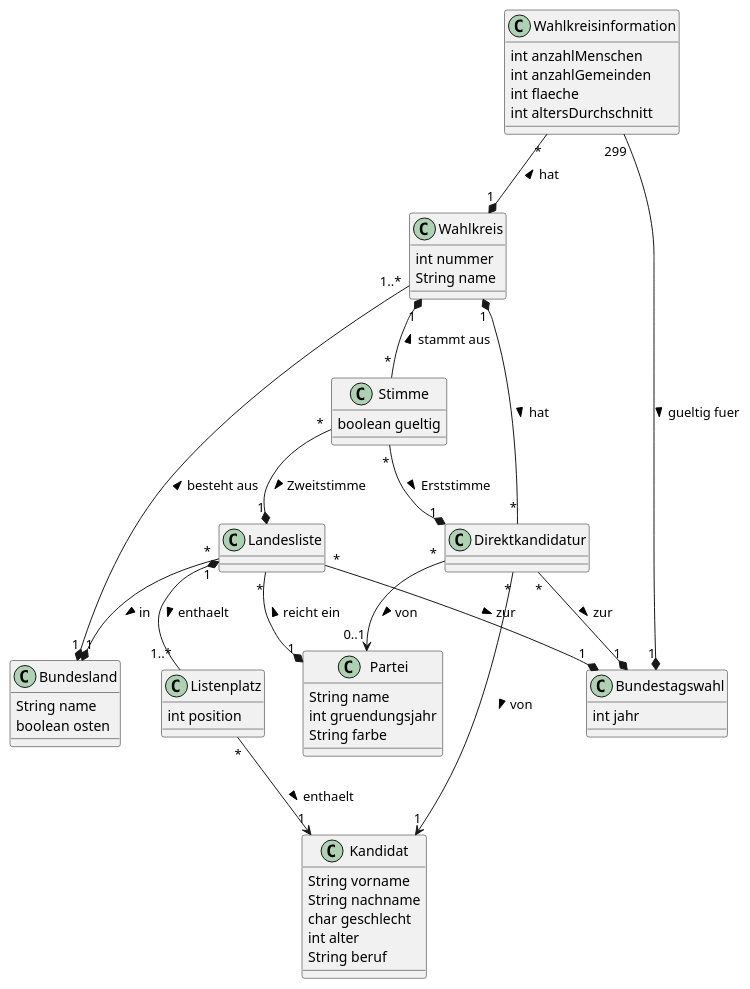
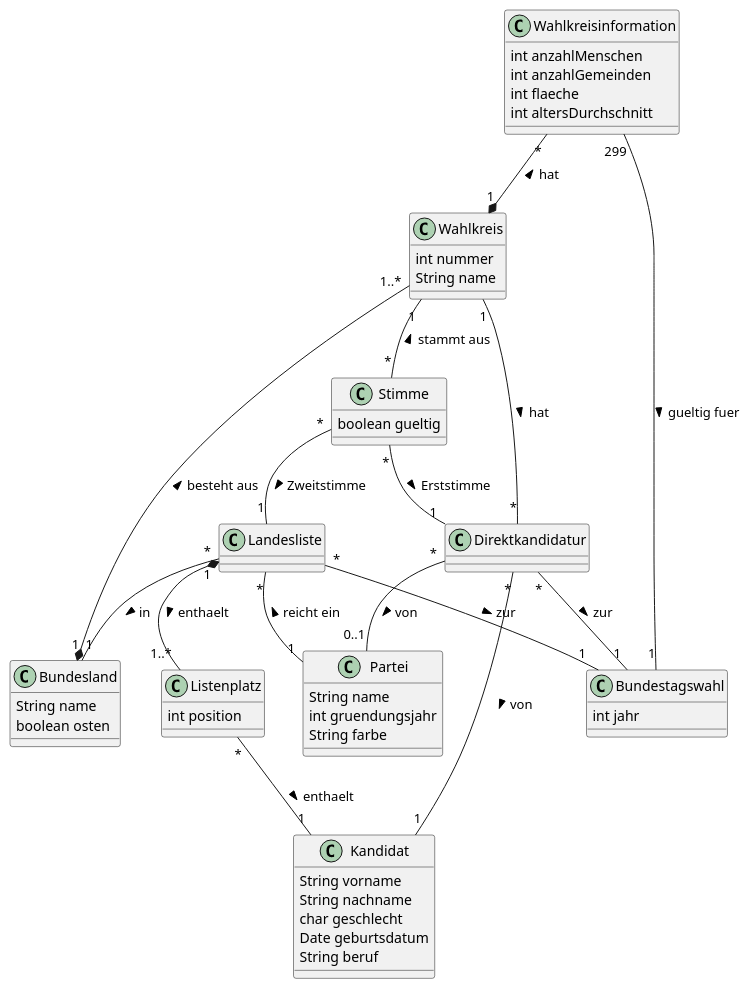
Before and after one commit to Toemmsche/database-systems-project-mirror: the diagram in Blatt1/Aufgabe3.puml, drawn with PlantUML. The commit also changed 1 other file, not shown here.

```diff
--- a/Blatt1/Aufgabe3.puml
+++ b/Blatt1/Aufgabe3.puml
@@ -1,71 +1,71 @@
 @startuml
 class Kandidat {
     String vorname
     String nachname
     char geschlecht
-    int alter
+    Date geburtsdatum
     String beruf
 }
 
 class Bundesland {
     String name
     boolean osten
 }
 
 class Partei {
     String name
     int gruendungsjahr
     String farbe
 }
 
 class Bundestagswahl{
    int jahr
 }
 
 class Wahlkreisinformation {
     int anzahlMenschen
     int anzahlGemeinden
     int flaeche
     int altersDurchschnitt
 }
 
 class Landesliste {
 }
 
 class Listenplatz {
     int position
 }
 
 class Wahlkreis {
     int nummer
     String name
 }
 
 class Stimme {
     boolean gueltig
 }
 
 class Direktkandidatur {
 }
 
-Landesliste "*" --* "1" Bundesland : in >
-Landesliste "*" --* "1" Partei : < reicht ein
-Landesliste "*" --* "1" Bundestagswahl: zur >
+Landesliste "*" -- "1" Bundesland : in >
+Landesliste "*" -- "1" Partei : < reicht ein
+Landesliste "*" -- "1" Bundestagswahl: zur >
 
 Landesliste "1" *-- "1..*" Listenplatz : enthaelt >
-Listenplatz "*" --> "1" Kandidat : enthaelt >
+Listenplatz "*" -- "1" Kandidat : enthaelt >
 
 Wahlkreis "1..*" --* "1" Bundesland : besteht aus <
 
 Wahlkreisinformation "*" --* "1" Wahlkreis : < hat
-Wahlkreisinformation "299" --* "1" Bundestagswahl: gueltig fuer >
+Wahlkreisinformation "299" -- "1" Bundestagswahl: gueltig fuer >
 
-Direktkandidatur "*" --> "1" Kandidat : von >
-Direktkandidatur "*" --* "1" Wahlkreis : < hat
-Direktkandidatur "*" --> "0..1" Partei : von >
-Direktkandidatur "*" --* "1" Bundestagswahl: zur >
+Direktkandidatur "*" -- "1" Kandidat : von >
+Direktkandidatur "*" -- "1" Wahlkreis : < hat
+Direktkandidatur "*" -- "0..1" Partei : von >
+Direktkandidatur "*" -- "1" Bundestagswahl: zur >
 
-Stimme "*" --* "1" Direktkandidatur : Erststimme >
-Stimme "*" --* "1" Landesliste : Zweitstimme >
-Stimme "*" -up-* "1" Wahlkreis : stammt aus >
+Stimme "*" -- "1" Direktkandidatur : Erststimme >
+Stimme "*" -- "1" Landesliste : Zweitstimme >
+Stimme "*" -up- "1" Wahlkreis : stammt aus >
 @enduml
```
